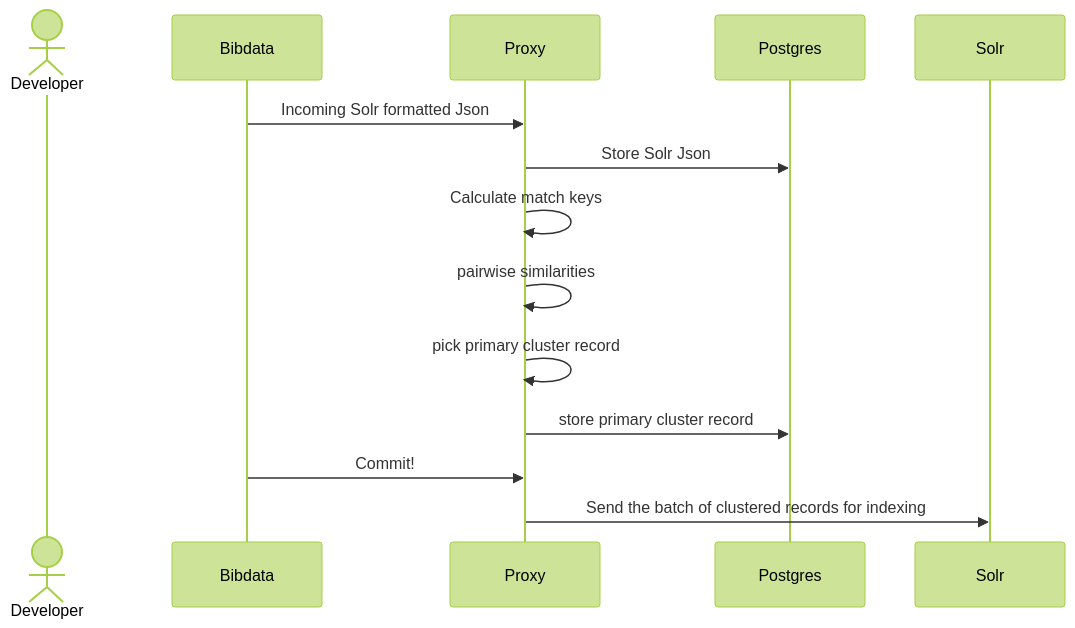
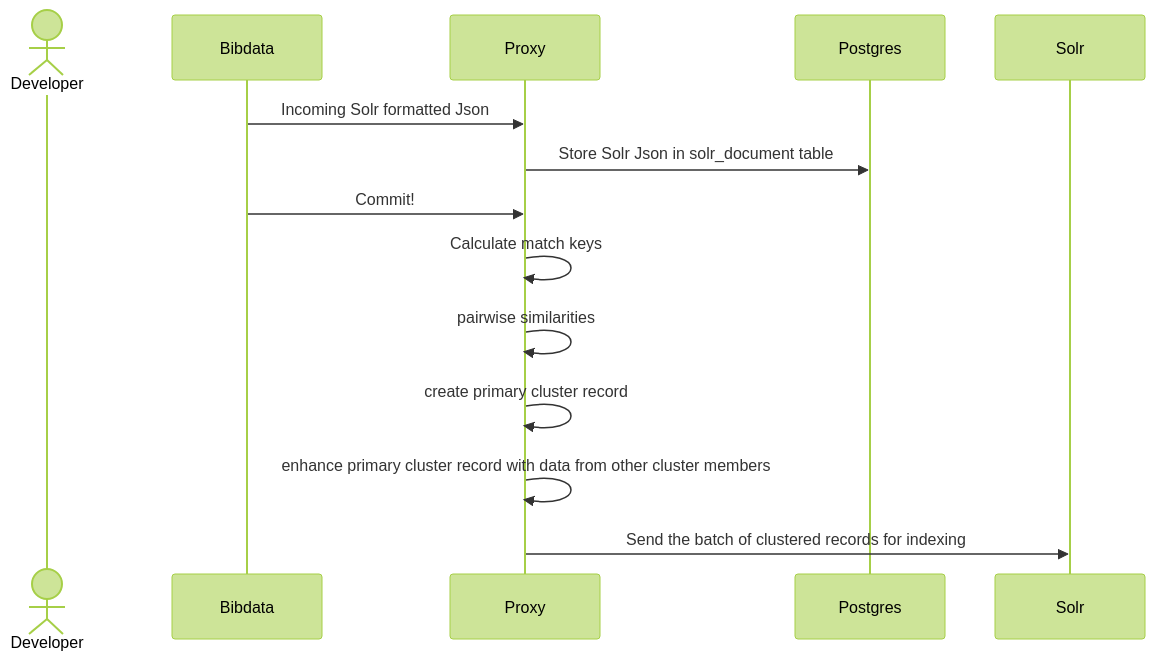
One commit to pulibrary/bibdata changed the fourth of 4 diagrams in docs/clustering/README.md. Above: the diagram before and after it, drawn with Mermaid (forest theme).

Commit message:
Update Indexing Pipeline

````diff
--- a/docs/clustering/README.md
+++ b/docs/clustering/README.md
@@ -65,17 +65,17 @@
 ```mermaid
 sequenceDiagram
     accTitle: Indexing Pipeline
     accDescr {
         Proxy server workflow - Indexing Pipeline
     }
     actor Developer
     Bibdata->>Proxy: Incoming Solr formatted Json
-    Proxy->>Postgres: Store Solr Json
+    Proxy->>Postgres: Store Solr Json in solr_document table
+    Bibdata->>Proxy: Commit!
     Proxy->>Proxy: Calculate match keys 
     Proxy->>Proxy: pairwise similarities 
-    Proxy->>Proxy: pick primary cluster record
-    Proxy->>Postgres: store primary cluster record
-    Bibdata->>Proxy: Commit!
+    Proxy->>Proxy: create primary cluster record
+    Proxy->>Proxy: enhance primary cluster record with data from other cluster members
     Proxy->>Solr: Send the batch of clustered records for indexing
 
 ```
````
